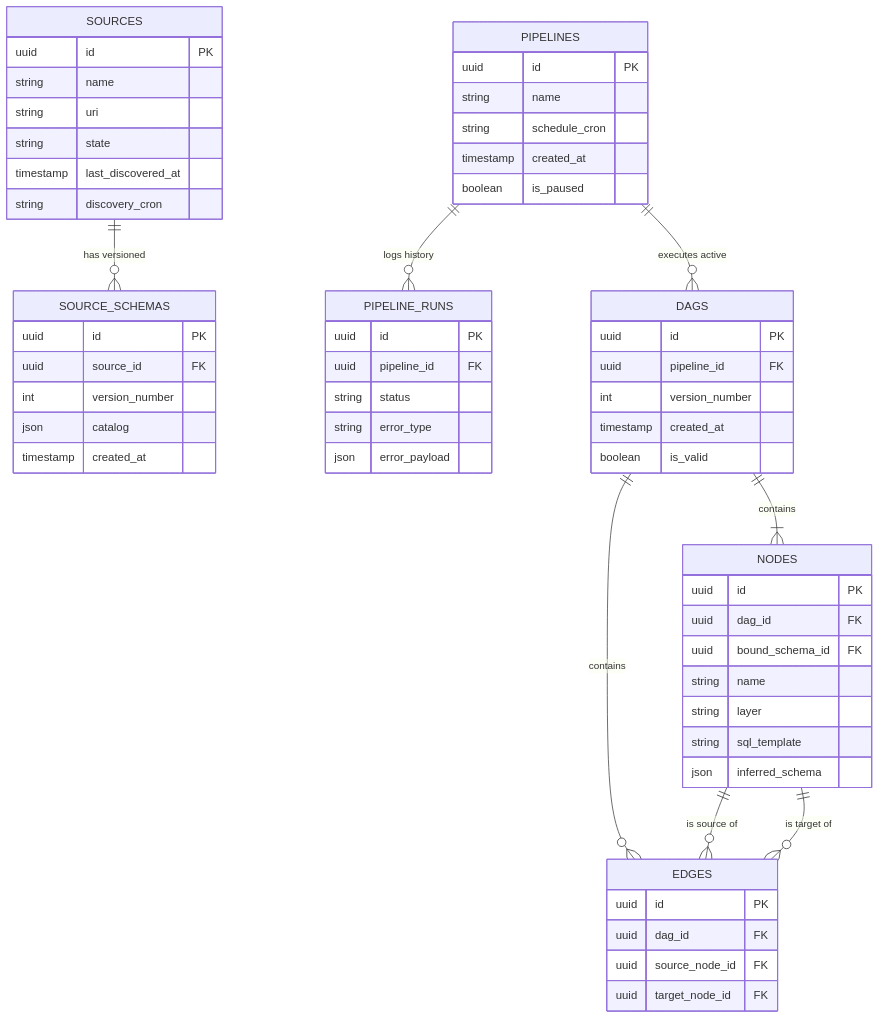
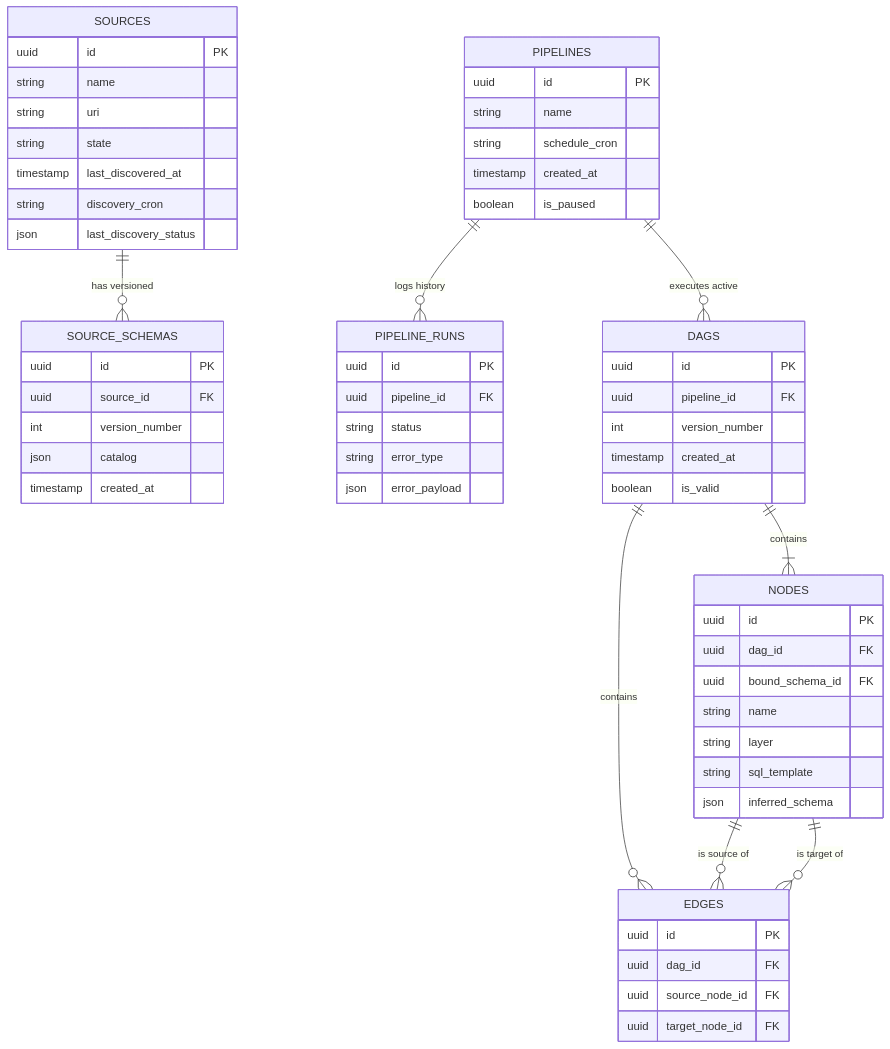
The diagram in docs/explanation/architecture/04-adr-sqlite-dag-refactor.md (mnaatjes/elite-etl), drawn with Mermaid before and after one commit. The commit also changed 1 other file, not shown here.

Commit message:
docs: source lifecycle

````diff
--- a/docs/explanation/architecture/04-adr-sqlite-dag-refactor.md
+++ b/docs/explanation/architecture/04-adr-sqlite-dag-refactor.md
@@ -24,69 +24,70 @@
 ```mermaid
 erDiagram
     SOURCES {
         uuid id PK
         string name
         string uri
         string state
         timestamp last_discovered_at
         string discovery_cron
+        json last_discovery_status
     }
     
     SOURCE_SCHEMAS {
         uuid id PK
         uuid source_id FK
         int version_number
         json catalog
         timestamp created_at
     }
     
     PIPELINES {
         uuid id PK
         string name
         string schedule_cron
         timestamp created_at
         boolean is_paused
     }
     
     PIPELINE_RUNS {
         uuid id PK
         uuid pipeline_id FK
         string status
         string error_type
         json error_payload
     }
     
     DAGS {
         uuid id PK
         uuid pipeline_id FK
         int version_number
         timestamp created_at
         boolean is_valid
     }
     
     NODES {
         uuid id PK
         uuid dag_id FK
         uuid bound_schema_id FK
         string name
         string layer
         string sql_template
         json inferred_schema
     }
     
     EDGES {
         uuid id PK
         uuid dag_id FK
         uuid source_node_id FK
         uuid target_node_id FK
     }
 
     %% Relationships
     SOURCES ||--o{ SOURCE_SCHEMAS : "has versioned"
     PIPELINES ||--o{ DAGS : "executes active"
     PIPELINES ||--o{ PIPELINE_RUNS : "logs history"
     DAGS ||--|{ NODES : "contains"
     DAGS ||--o{ EDGES : "contains"
     NODES ||--o{ EDGES : "is source of"
     NODES ||--o{ EDGES : "is target of"
 ```
````
